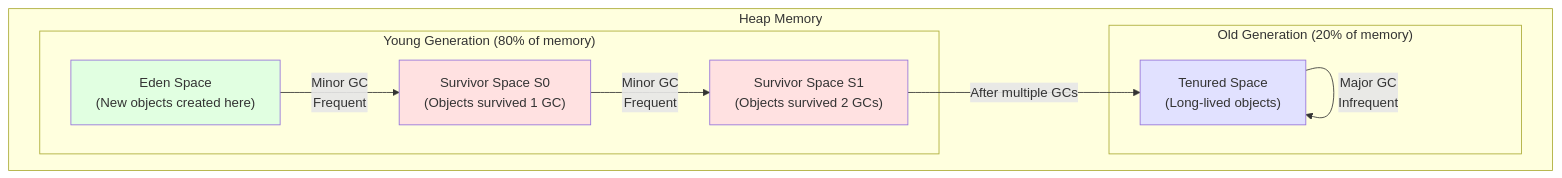
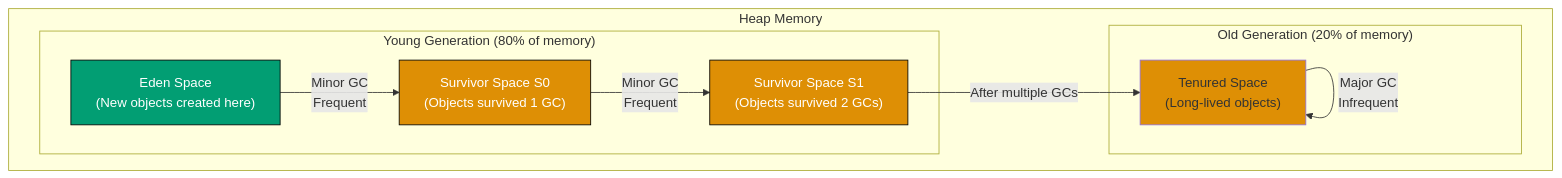
Before and after one commit to wahidyankf/open-sharia-enterprise: the diagram in docs/tutorials/software-engineering/programming-languages/java/tu-se-pl-ja__advanced.md, drawn with Mermaid. The commit also changed other lines of this file and 22 other files, not shown here.

First line of the commit message:
docs(diagrams): ensure all mermaid diagrams use color-blind friendly palette

````diff
--- a/docs/tutorials/software-engineering/programming-languages/java/tu-se-pl-ja__advanced.md
+++ b/docs/tutorials/software-engineering/programming-languages/java/tu-se-pl-ja__advanced.md
@@ -79,24 +82,24 @@
 ```mermaid
 graph TD
     subgraph "Heap Memory"
         subgraph "Young Generation (80% of memory)"
             E["Eden Space<br/>(New objects created here)"]
             S0["Survivor Space S0<br/>(Objects survived 1 GC)"]
             S1["Survivor Space S1<br/>(Objects survived 2 GCs)"]
         end
 
         subgraph "Old Generation (20% of memory)"
             O["Tenured Space<br/>(Long-lived objects)"]
         end
     end
 
     E -->|Minor GC<br/>Frequent| S0
     S0 -->|Minor GC<br/>Frequent| S1
     S1 -->|After multiple GCs| O
     O -->|Major GC<br/>Infrequent| O
 
-    style E fill:#e1ffe1
-    style S0 fill:#ffe1e1
-    style S1 fill:#ffe1e1
-    style O fill:#e1e1ff
+    style E fill:#029E73,stroke:#000000,color:#FFFFFF
+    style S0 fill:#DE8F05,stroke:#000000,color:#FFFFFF
+    style S1 fill:#DE8F05,stroke:#000000,color:#FFFFFF
+    style O fill:#DE8F05
 ```
````
